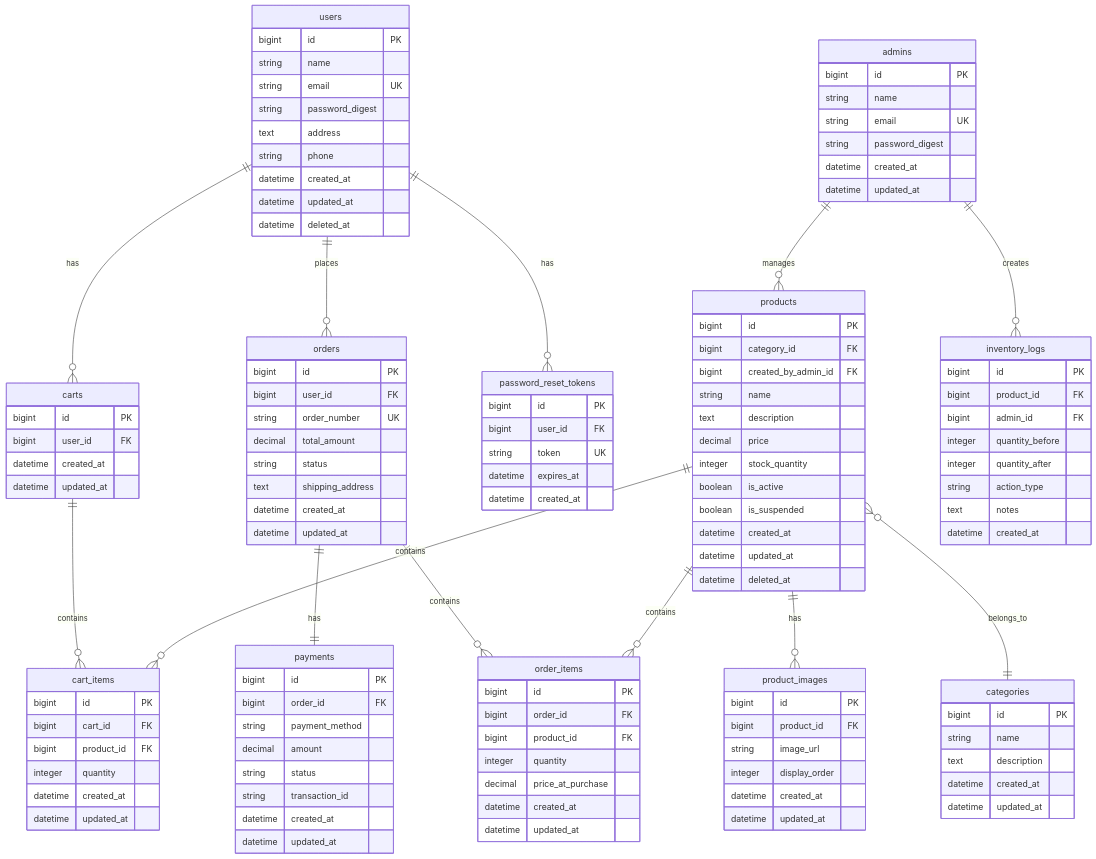
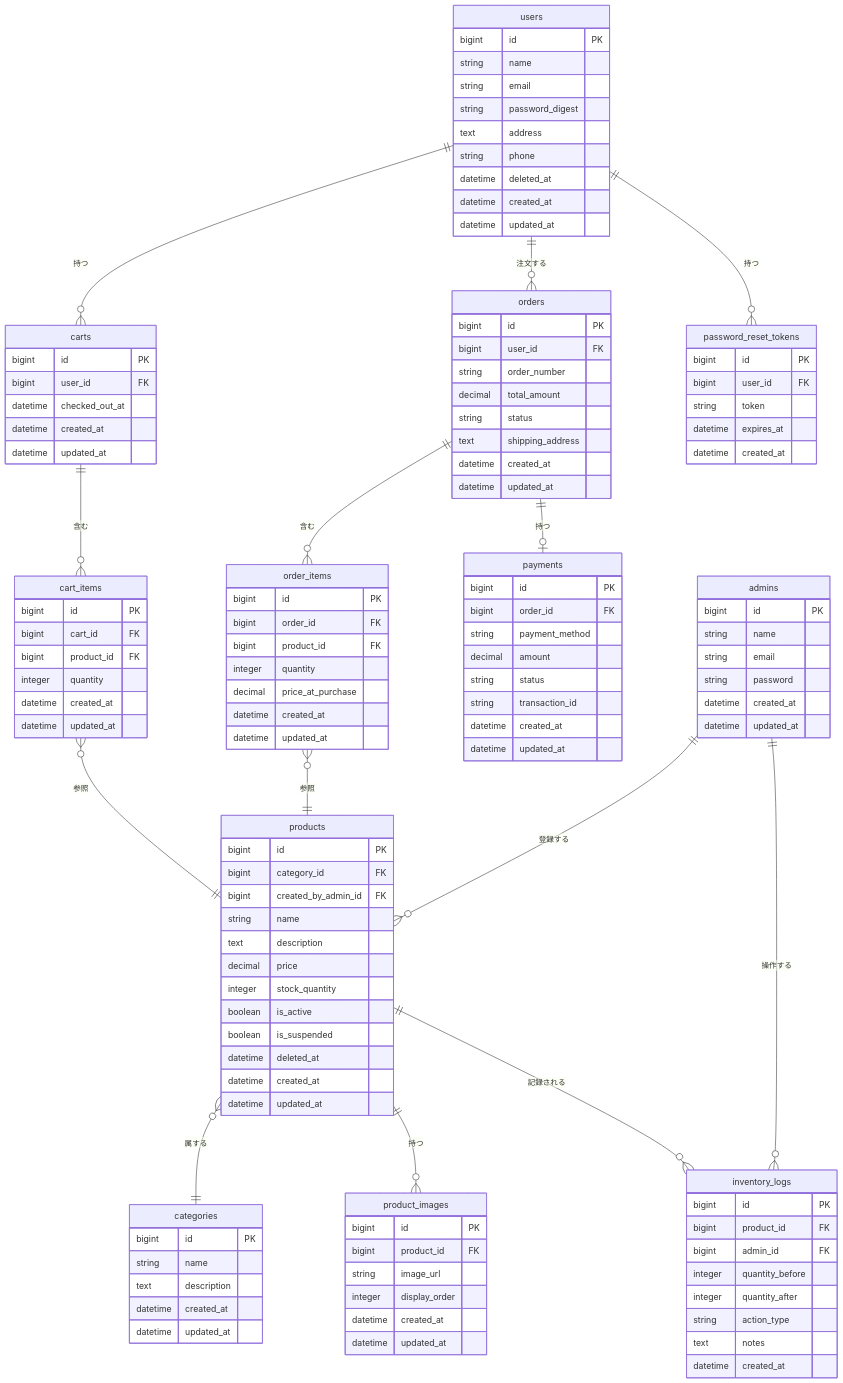
One commit to maho-na510/ec-site-project changed the diagram in docs/ER_Diagram.md. Above: the diagram before and after it, drawn with Mermaid. The commit also changed other lines of this file and 3 other files, not shown here.

Commit message:
ER図・要件定義書・設計書・コンポーネント図を作成した

````diff
--- a/docs/ER_Diagram.md
+++ b/docs/ER_Diagram.md
@@ -5,39 +5,48 @@
 ```mermaid
 erDiagram
-    users ||--o{ carts : has
-    users ||--o{ orders : places
-    users ||--o{ password_reset_tokens : has
+    users ||--o{ carts : "持つ"
+    users ||--o{ orders : "注文する"
+    users ||--o{ password_reset_tokens : "持つ"
 
-    products ||--o{ cart_items : contains
-    products ||--o{ order_items : contains
-    products ||--o{ product_images : has
-    products }o--|| categories : belongs_to
+    carts ||--o{ cart_items : "含む"
+    cart_items }o--|| products : "参照"
 
-    carts ||--o{ cart_items : contains
+    orders ||--o{ order_items : "含む"
+    orders ||--o| payments : "持つ"
+    order_items }o--|| products : "参照"
 
-    orders ||--o{ order_items : contains
-    orders ||--|| payments : has
+    products }o--|| categories : "属する"
+    products ||--o{ product_images : "持つ"
+    products ||--o{ inventory_logs : "記録される"
 
-    admins ||--o{ products : manages
-    admins ||--o{ inventory_logs : creates
+    admins ||--o{ products : "登録する"
+    admins ||--o{ inventory_logs : "操作する"
 
     users {
         bigint id PK
         string name
-        string email UK
+        string email
         string password_digest
         text address
         string phone
+        datetime deleted_at
         datetime created_at
         datetime updated_at
-        datetime deleted_at
     }
 
-    admins {
+    carts {
         bigint id PK
-        string name
-        string email UK
-        string password_digest
+        bigint user_id FK
+        datetime checked_out_at
+        datetime created_at
+        datetime updated_at
+    }
+
+    cart_items {
+        bigint id PK
+        bigint cart_id FK
+        bigint product_id FK
+        integer quantity
         datetime created_at
         datetime updated_at
     }
@@ -52,9 +61,9 @@
         integer stock_quantity
         boolean is_active
         boolean is_suspended
+        datetime deleted_at
         datetime created_at
         datetime updated_at
-        datetime deleted_at
     }
 
     categories {
@@ -74,26 +83,10 @@
         datetime updated_at
     }
 
-    carts {
-        bigint id PK
-        bigint user_id FK
-        datetime created_at
-        datetime updated_at
-    }
-
-    cart_items {
-        bigint id PK
-        bigint cart_id FK
-        bigint product_id FK
-        integer quantity
-        datetime created_at
-        datetime updated_at
-    }
-
     orders {
         bigint id PK
         bigint user_id FK
-        string order_number UK
+        string order_number
         decimal total_amount
         string status
         text shipping_address
@@ -122,12 +115,13 @@
         datetime updated_at
     }
 
-    password_reset_tokens {
+    admins {
         bigint id PK
-        bigint user_id FK
-        string token UK
-        datetime expires_at
+        string name
+        string email
+        string password
         datetime created_at
+        datetime updated_at
     }
 
     inventory_logs {
@@ -140,4 +134,12 @@
         text notes
         datetime created_at
     }
+
+    password_reset_tokens {
+        bigint id PK
+        bigint user_id FK
+        string token
+        datetime expires_at
+        datetime created_at
+    }
 ```
````
